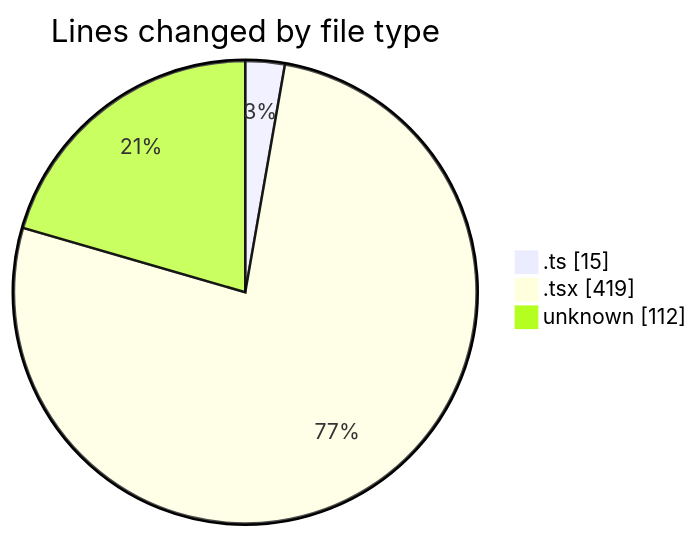
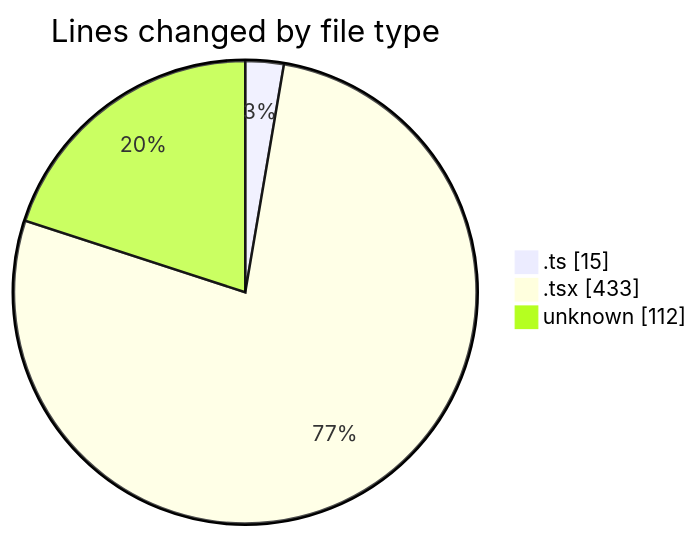
The first of 2 diagrams in 2026-04-29/cda/README.md (momahboobian/code-tracking), drawn with Mermaid before and after one commit. The commit also changed other lines of this file and 1 other file, not shown here.

````diff
--- a/2026-04-29/cda/README.md
+++ b/2026-04-29/cda/README.md
@@ -27,7 +27,7 @@
 ```mermaid
 pie showData
 title Lines changed by file type
 ".ts" : 15
-".tsx" : 419
+".tsx" : 433
 "unknown" : 112
 ```
````
